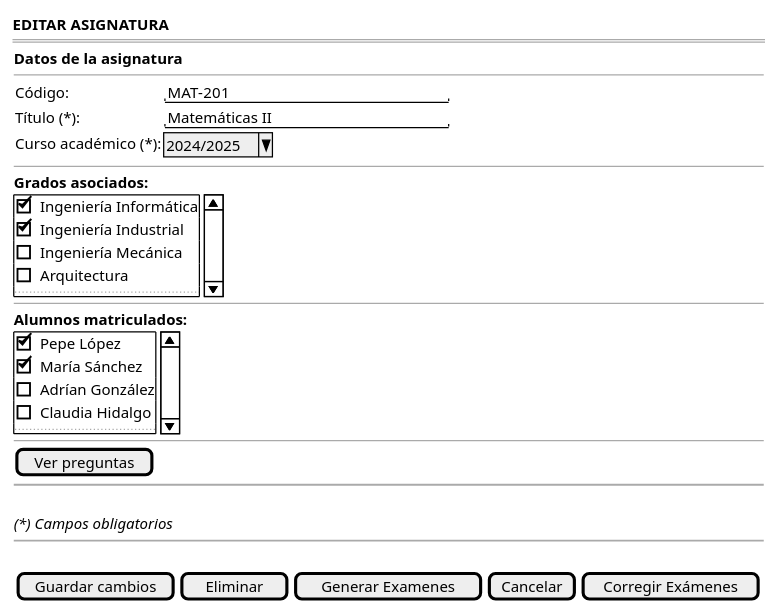
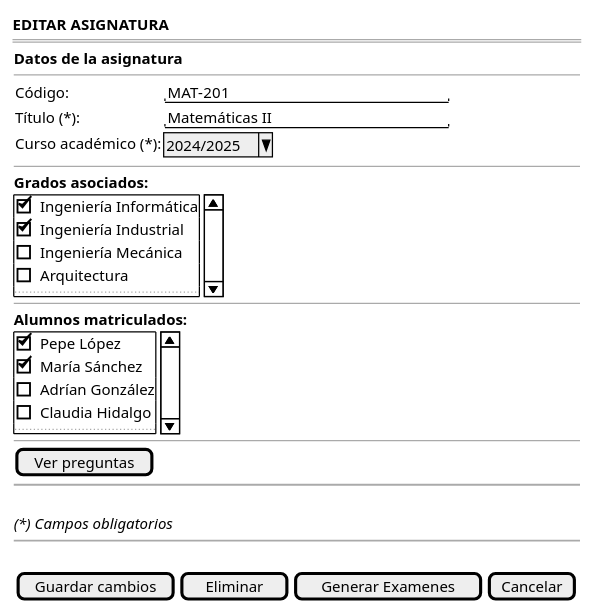
Before and after one commit to martinlopez7/25-26-IdSw1-SdR: the diagram in documents/casos-de-uso/prototipadoCasosDeUso/editarAsignatura/editarAsignatura.puml, drawn with PlantUML. The commit also changed 25 other files, not shown here.

```diff
--- a/documents/casos-de-uso/prototipadoCasosDeUso/editarAsignatura/editarAsignatura.puml
+++ b/documents/casos-de-uso/prototipadoCasosDeUso/editarAsignatura/editarAsignatura.puml
@@ -1,49 +1,49 @@
 @startsalt editarAsignatura_FORMULARIO
 {
     <b>EDITAR ASIGNATURA</b>
     ===
     {
         <b>Datos de la asignatura</b>
         --
         {
             Código:         | "MAT-201                     " 
             Título (*):     | "Matemáticas II              "
             Curso académico (*): | ^2024/2025^
         }
         
         --
         
         <b>Grados asociados:</b>
         {SI
             [X] Ingeniería Informática
             [X] Ingeniería Industrial
             [ ] Ingeniería Mecánica
             [ ] Arquitectura
             ...
         }
         
         --
         
         <b>Alumnos matriculados:</b>
         {SI
             [X] Pepe López
             [X] María Sánchez
             [ ] Adrían González
             [ ] Claudia Hidalgo
             ...
         }
         
         --
         
         [Ver preguntas]
         
         ~~
         .
         <i>(*) Campos obligatorios</i>
         
         ~~
         .
-        {[Guardar cambios] | [ Eliminar ] | [ Generar Examenes ] | [Cancelar] | [Corregir Exámenes]}
+        {[Guardar cambios] | [ Eliminar ] | [ Generar Examenes ] | [Cancelar]}
     }
 }
 @endsalt
```
